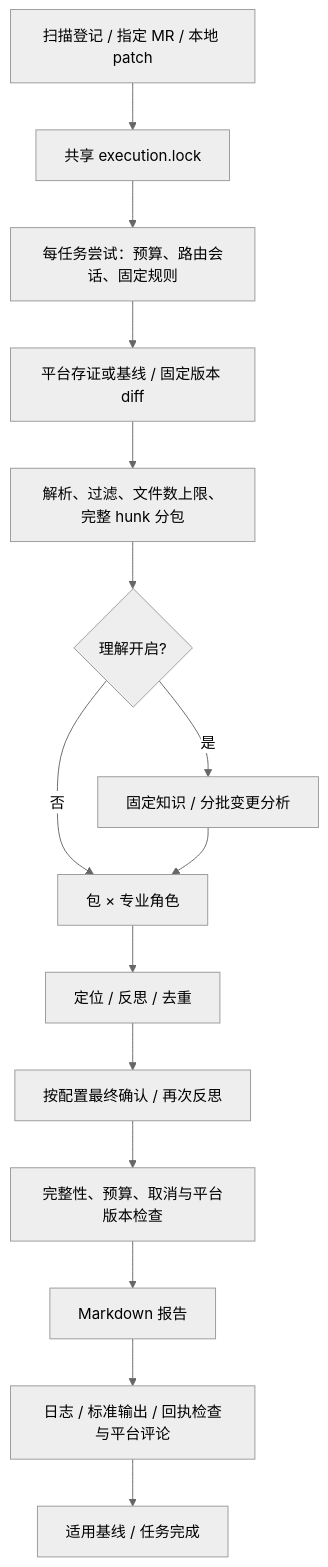
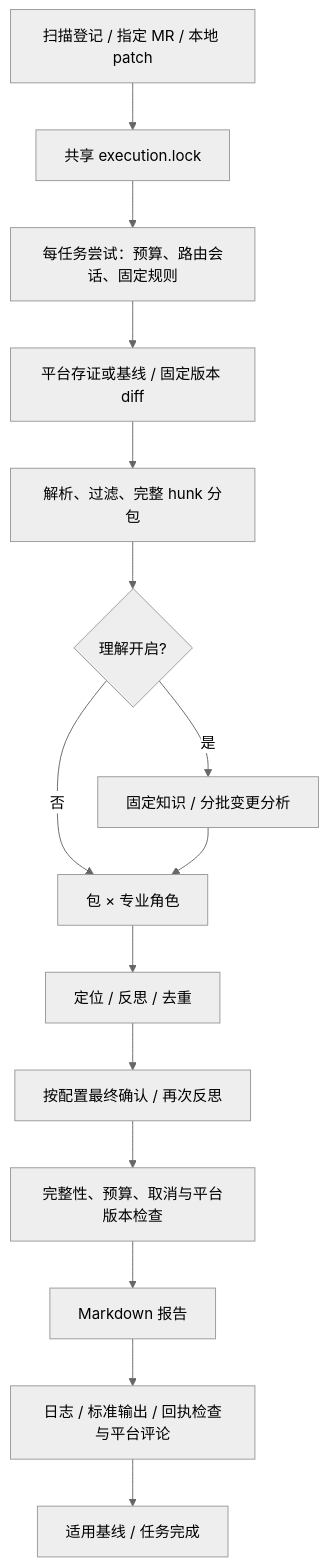
One commit to wangzaidejianjiaoji/AI_IR_REPLAY changed the diagram in 技术框架层级说明.md. Above: the diagram before and after it, drawn with Mermaid (neutral theme). The commit also changed other lines of this file and 24 other files, not shown here.

````diff
--- a/技术框架层级说明.md
+++ b/技术框架层级说明.md
@@ -70,17 +70,17 @@
 ```mermaid
 flowchart TD
   A[扫描登记 / 指定 MR / 本地 patch] --> B[共享 execution.lock]
   B --> C[每任务尝试：预算、路由会话、固定规则]
   C --> D[平台存证或基线 / 固定版本 diff]
-  D --> E[解析、过滤、文件数上限、完整 hunk 分包]
+  D --> E[解析、过滤、完整 hunk 分包]
   E --> F{理解开启?}
   F -->|是| G[固定知识 / 分批变更分析]
   F -->|否| H[包 × 专业角色]
   G --> H
   H --> I[定位 / 反思 / 去重]
   I --> J[按配置最终确认 / 再次反思]
   J --> K[完整性、预算、取消与平台版本检查]
   K --> L[Markdown 报告]
   L --> M[日志 / 标准输出 / 回执检查与平台评论]
   M --> N[适用基线 / 任务完成]
 ```
````
